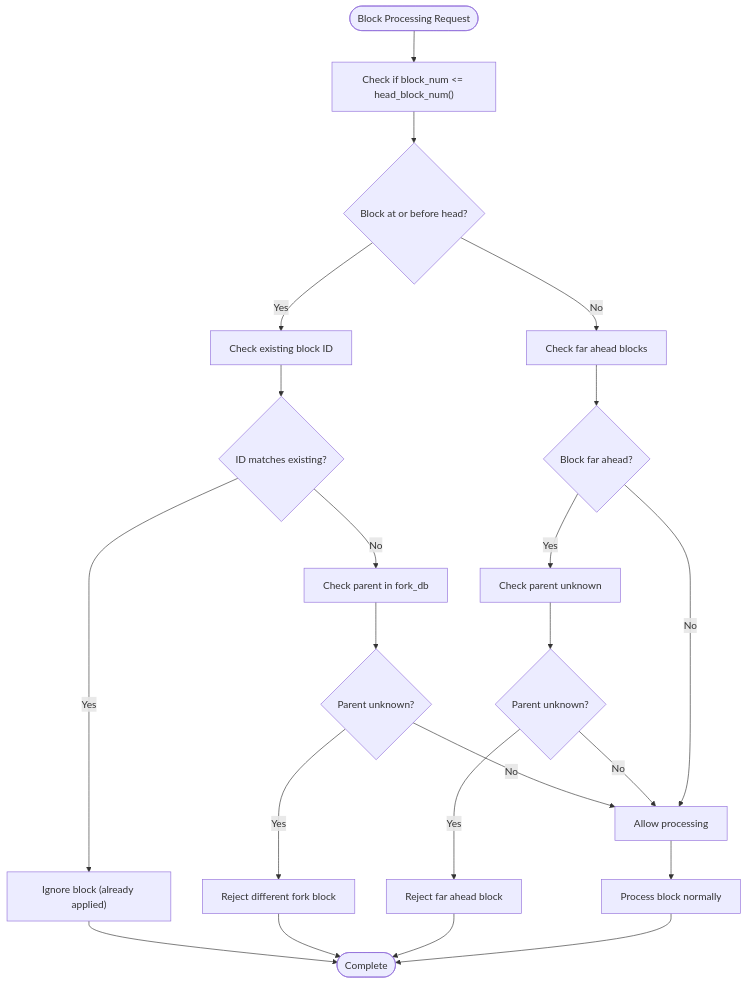
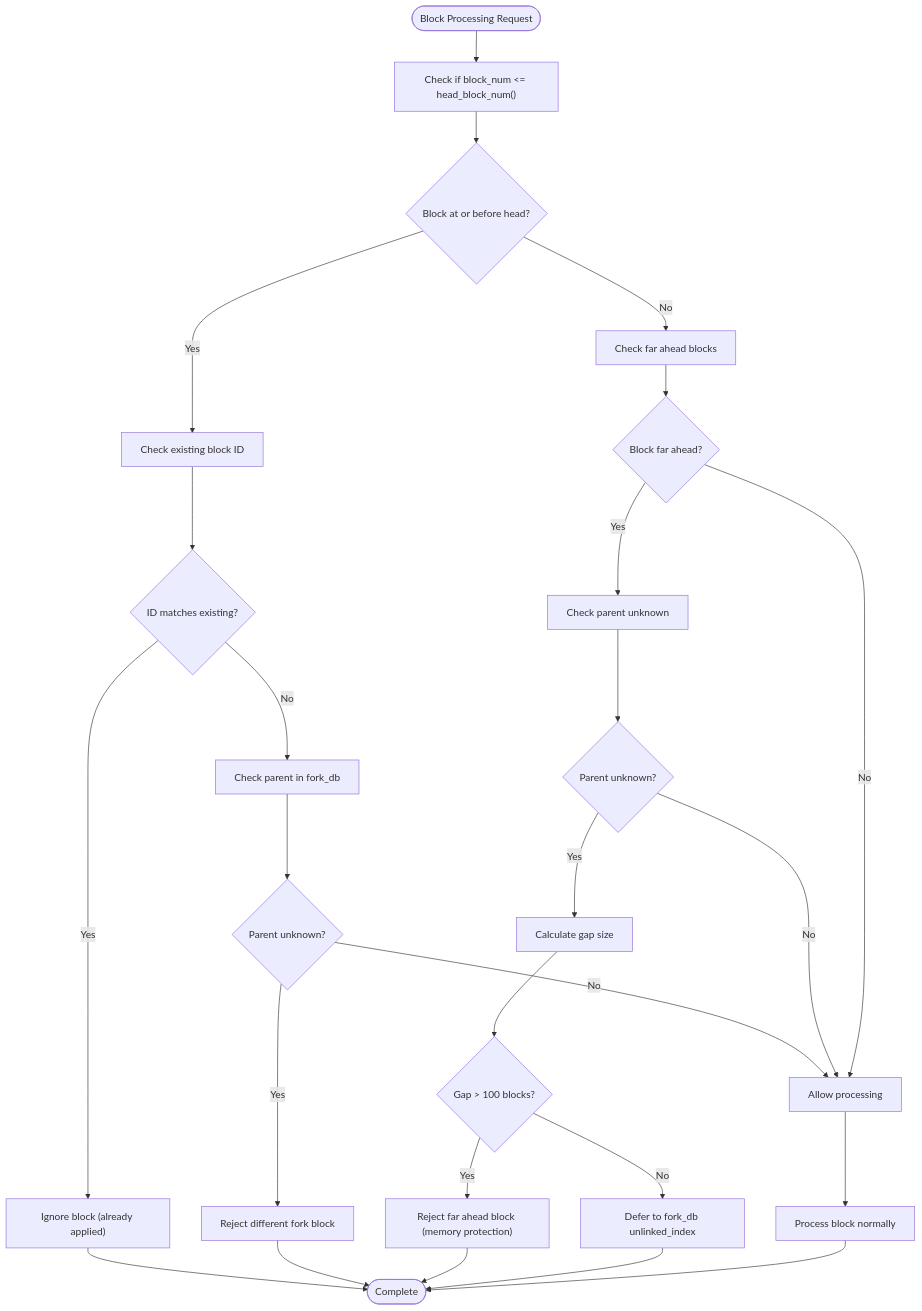
One commit to VIZ-Blockchain/viz-cpp-node changed the third of 16 diagrams in .qoder/repowiki/en/content/Architecture Overview/Core Libraries/Chain Library/Fork Resolution and Consensus.md. Above: the diagram before and after it, drawn with Mermaid. The commit also changed other lines of this file and 4 other files, not shown here.

````diff
--- a/.qoder/repowiki/en/content/Architecture Overview/Core Libraries/Chain Library/Fork Resolution and Consensus.md
+++ b/.qoder/repowiki/en/content/Architecture Overview/Core Libraries/Chain Library/Fork Resolution and Consensus.md
@@ -195,24 +205,28 @@
 ```mermaid
 flowchart TD
 Start(["Block Processing Request"]) --> CheckHead["Check if block_num <= head_block_num()"]
 CheckHead --> IsBeforeHead{"Block at or before head?"}
 IsBeforeHead --> |Yes| CheckExisting["Check existing block ID"]
 CheckExisting --> MatchExisting{"ID matches existing?"}
 MatchExisting --> |Yes| IgnoreBlock["Ignore block (already applied)"]
 MatchExisting --> |No| CheckParent["Check parent in fork_db"]
 CheckParent --> ParentUnknown{"Parent unknown?"}
 ParentUnknown --> |Yes| RejectFork["Reject different fork block"]
 ParentUnknown --> |No| AllowProcess["Allow processing"]
 IsBeforeHead --> |No| CheckFarAhead["Check far ahead blocks"]
 CheckFarAhead --> FarAhead{"Block far ahead?"}
 FarAhead --> |Yes| CheckParentUnknown["Check parent unknown"]
 CheckParentUnknown --> ParentUnknown2{"Parent unknown?"}
-ParentUnknown2 --> |Yes| RejectFarAhead["Reject far ahead block"]
+ParentUnknown2 --> |Yes| CheckGap["Calculate gap size"]
+CheckGap --> GapTooBig{"Gap > 100 blocks?"}
+GapTooBig --> |Yes| RejectFarAhead["Reject far ahead block (memory protection)"]
+GapTooBig --> |No| DeferBlock["Defer to fork_db unlinked_index"]
 ParentUnknown2 --> |No| AllowProcess
 FarAhead --> |No| AllowProcess
 AllowProcess --> ProcessBlock["Process block normally"]
 IgnoreBlock --> End(["Complete"])
 RejectFork --> End
 RejectFarAhead --> End
+DeferBlock --> End
 ProcessBlock --> End
 ```
````
